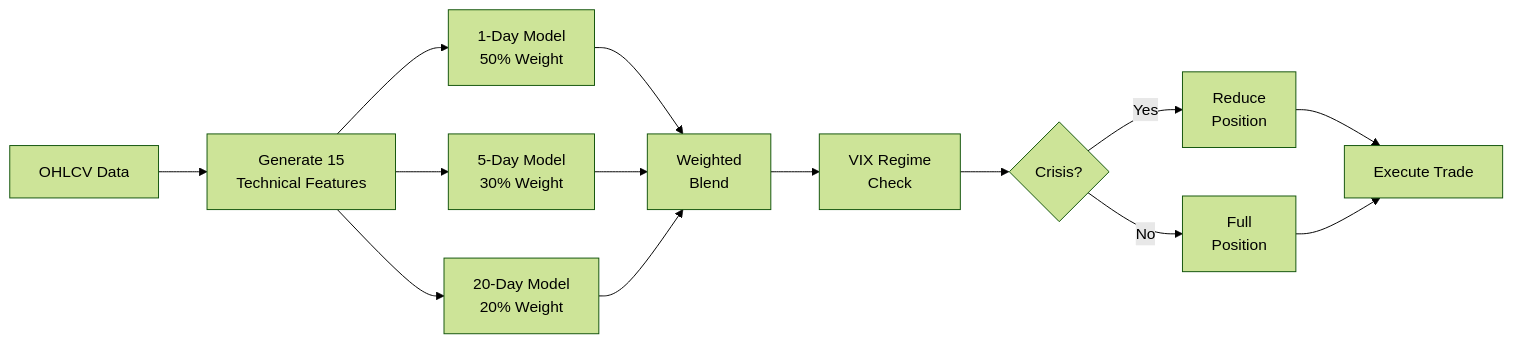
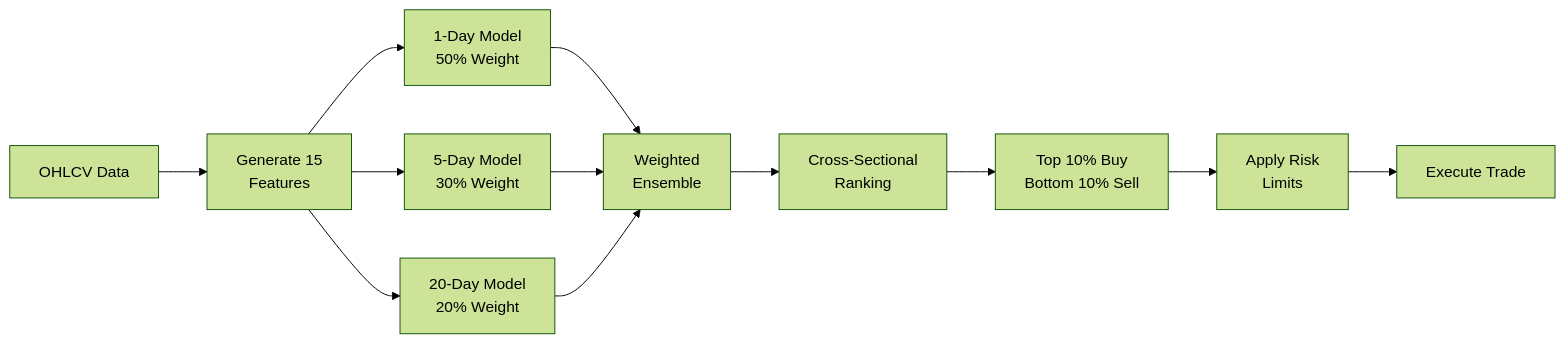
One commit to PAT0216/paper-trader changed the second of 2 diagrams in README.md. Above: the diagram before and after it, drawn with Mermaid (forest theme). The commit also changed other lines of this file and 4 other files, not shown here.

````diff
--- a/README.md
+++ b/README.md
@@ -96,16 +108,14 @@
 ```mermaid
 flowchart LR
-    A[OHLCV Data] --> B[Generate 15<br/>Technical Features]
+    A[OHLCV Data] --> B[Generate 15<br/>Features]
     B --> C1[1-Day Model<br/>50% Weight]
     B --> C2[5-Day Model<br/>30% Weight]
     B --> C3[20-Day Model<br/>20% Weight]
-    C1 --> D[Weighted<br/>Blend]
+    C1 --> D[Weighted<br/>Ensemble]
     C2 --> D
     C3 --> D
-    D --> E[VIX Regime<br/>Check]
-    E --> F{Crisis?}
-    F -->|Yes| G[Reduce<br/>Position]
-    F -->|No| H[Full<br/>Position]
-    G --> I[Execute Trade]
-    H --> I
+    D --> E[Cross-Sectional<br/>Ranking]
+    E --> F[Top 10% Buy<br/>Bottom 10% Sell]
+    F --> G[Apply Risk<br/>Limits]
+    G --> H[Execute Trade]
 ```
````
